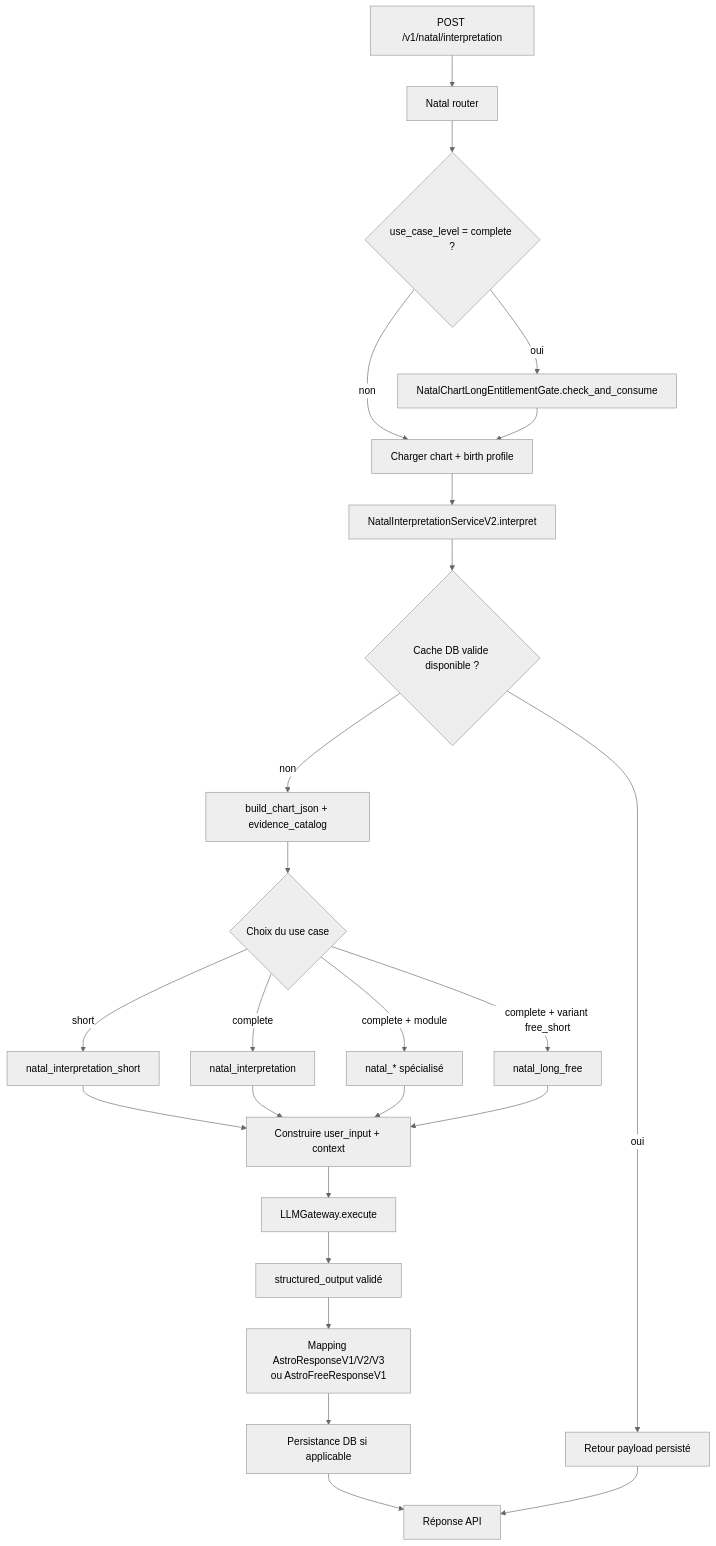
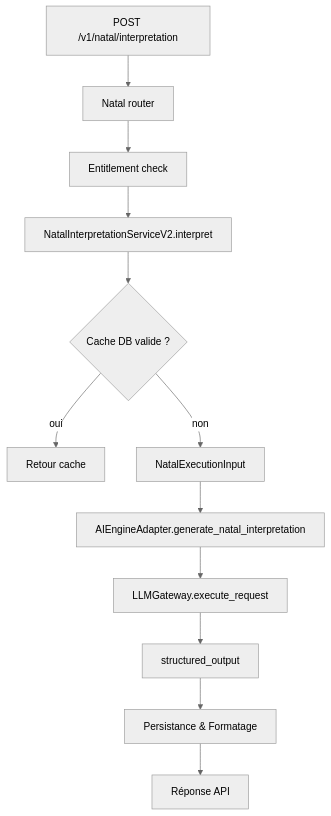
Before and after one commit to daconrilcy/horoscope_front: the second of 4 diagrams in docs/architecture/llm-processus-architecture.md, drawn with Mermaid (neutral theme). The commit also changed other lines of this file and 6 other files, not shown here.

Commit message:
feat(natal): Migrate natal interpretation to canonical application entry point (Story 66.7)

````diff
--- a/docs/architecture/llm-processus-architecture.md
+++ b/docs/architecture/llm-processus-architecture.md
@@ -154,31 +153,14 @@
 ```mermaid
 flowchart TD
     A[POST /v1/natal/interpretation] --> B[Natal router]
-    B --> C{use_case_level = complete ?}
-    C -->|oui| D[NatalChartLongEntitlementGate.check_and_consume]
-    C -->|non| E
-    D --> E[Charger chart + birth profile]
-
-    E --> F[NatalInterpretationServiceV2.interpret]
-    F --> G{Cache DB valide disponible ?}
-    G -->|oui| H[Retour payload persisté]
-    G -->|non| I[build_chart_json + evidence_catalog]
-
-    I --> J{Choix du use case}
-    J -->|short| K[natal_interpretation_short]
-    J -->|complete| L[natal_interpretation]
-    J -->|complete + module| M[natal_* spécialisé]
-    J -->|complete + variant free_short| N[natal_long_free]
-
-    K --> O[Construire user_input + context]
-    L --> O
-    M --> O
-    N --> O
-
-    O --> P[LLMGateway.execute]
-    P --> Q[structured_output validé]
-    Q --> R[Mapping AstroResponseV1/V2/V3<br/>ou AstroFreeResponseV1]
-    R --> S[Persistance DB si applicable]
-    S --> T[Réponse API]
-    H --> T
+    B --> C[Entitlement check]
+    C --> D[NatalInterpretationServiceV2.interpret]
+    D --> E{Cache DB valide ?}
+    E -->|oui| F[Retour cache]
+    E -->|non| G[NatalExecutionInput]
+    G --> H[AIEngineAdapter.generate_natal_interpretation]
+    H --> I[LLMGateway.execute_request]
+    I --> J[structured_output]
+    J --> K[Persistance & Formatage]
+    K --> L[Réponse API]
 ```
````
